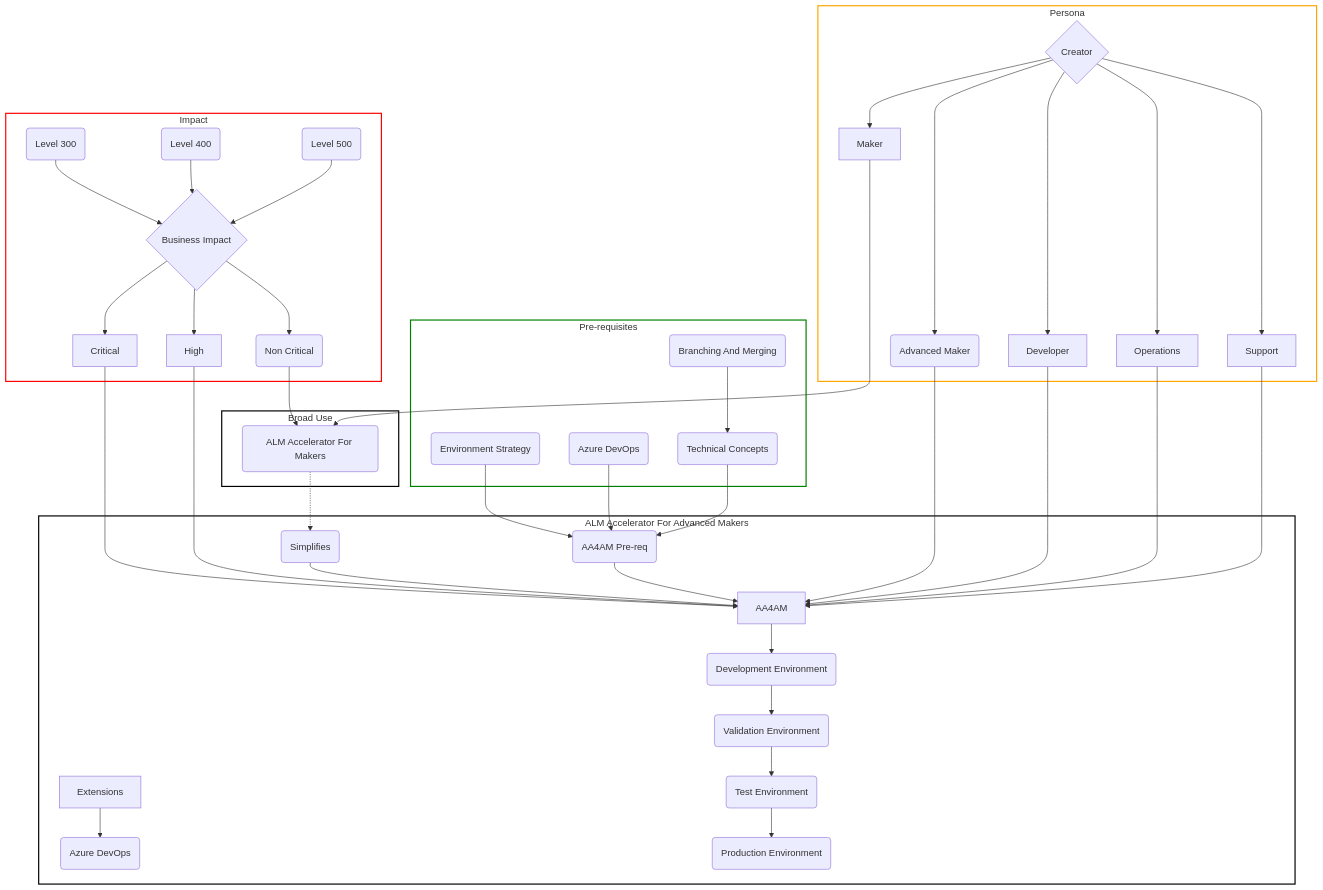
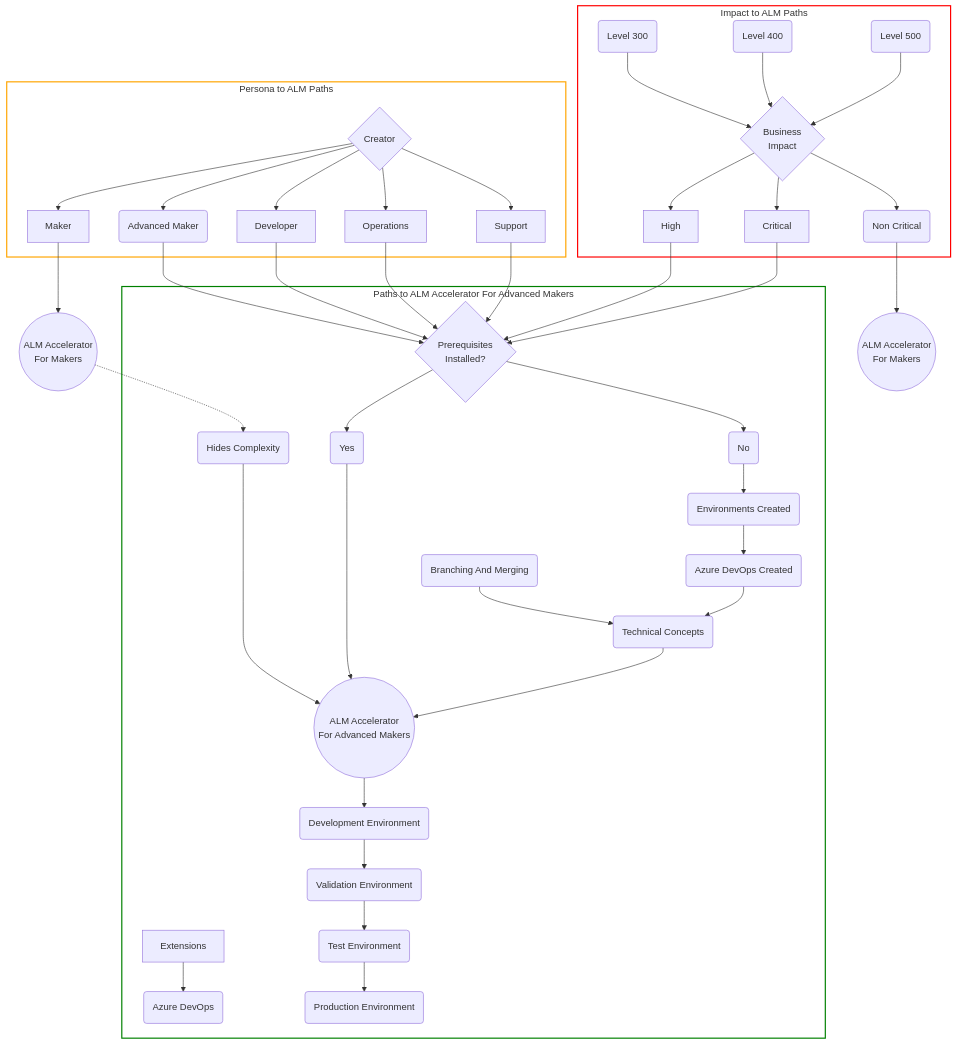
The diagram in coe-cli/docs/aa4am/maturity/decision-tree.mmd (microsoft/coe-starter-kit), drawn with Mermaid before and after one commit. The commit also changed 11 other files, not shown here.

Commit message:
Update diagrams

```diff
--- a/coe-cli/docs/aa4am/maturity/decision-tree.mmd
+++ b/coe-cli/docs/aa4am/maturity/decision-tree.mmd
@@ -1,75 +1,75 @@
 graph
-    subgraph prereq[Pre-requisites]
-        EnvironmentStrategy(EnvironmentStrategy)
-        AzureDevOps(Azure DevOps)
-        TechnicalConcepts(Technical Concepts)
-
-        BranchingAndMerging(Branching And Merging) --> TechnicalConcepts
-    end
-
-    style prereq fill:transparent,stroke:green,stroke-width:2px
-
-    subgraph impact[Impact]
-        I{Business Impact}
+    AA4M((ALM Accelerator <br/> For Makers))
+    Maker --> AA4M
+    
+    subgraph impact[Impact to ALM Paths]
+        I{Business <br/> Impact}
         I --> Critical
         I --> High
         I --> NC(Non Critical)
 
         300(Level 300) --> I
         400(Level 400) --> I
         500(Level 500) --> I
     end
 
+    AA4M2((ALM Accelerator <br/> For Makers))
+    NC --> AA4M2
+
     style impact fill:transparent,stroke:red,stroke-width:2px
 
-    subgraph persona[Persona]
+    subgraph persona[Persona to ALM Paths]
         C{Creator}
         C --> Maker
         C --> AM(Advanced Maker)
         C --> Developer       
         C --> Operations
-        C ----> Support       
+        C --> Support       
     end
 
     style persona fill:transparent,stroke:orange,stroke-width:2px
 
-    subgraph broaduse[Broad Use]
-        AA4M(ALM Accelerator For Makers)
-        NC --> AA4M
-    end
+    hideComplexity(Hides Complexity)
+    
+    AA4M -.-> hideComplexity
+    
+    subgraph aa4am[Paths to ALM Accelerator For Advanced Makers]
+    prereqInstalled{Prerequisites <br/> Installed?}
+        prereqInstalled --> prereqYes(Yes)
+        prereqInstalled --> prereqNo(No)
+        
+        AM --> prereqInstalled
+        Developer --> prereqInstalled
+        Operations --> prereqInstalled
+        Support --> prereqInstalled
 
-    style broaduse fill:transparent,stroke:black,stroke-width:2px
+        High --> prereqInstalled
+        Critical --> prereqInstalled
 
-    simplifies(Simplifies)
-    AA4M -.-> simplifies
+        EnvironmentStrategy(Environments Created)
+        AzureDevOps(Azure DevOps Created)
+        TechnicalConcepts(Technical Concepts)
 
-    subgraph aa4am[ALM Accelerator For Advanced Makers]
-        AA4AM
-        simplifies --> AA4AM
+        BranchingAndMerging(Branching And Merging) --> TechnicalConcepts
 
-        aa4amPrereq(AA4AM Pre-req) --> AA4AM
+        prereqNo -->EnvironmentStrategy
+        EnvironmentStrategy --> AzureDevOps
+        AzureDevOps --> TechnicalConcepts
 
-        EnvironmentStrategy(Environment Strategy) --> aa4amPrereq
-        AzureDevOps(Azure DevOps) --> aa4amPrereq
-        TechnicalConcepts(Technical Concepts) --> aa4amPrereq
+        AA4AM((ALM Accelerator <br/> For Advanced Makers))
+        hideComplexity --> AA4AM
 
-        Maker ----> AA4M
-        AM --> AA4AM
-        Developer --> AA4AM
-        Operations --> AA4AM
-        Support --> AA4AM
-
-        Critical --> AA4AM
-        High --> AA4AM
+        prereqYes -----> AA4AM
+        TechnicalConcepts --> AA4AM
         
         AA4AM-DevOps(Azure DevOps)
 
         Extensions --> AA4AM-DevOps
 
         AA4AM -->DevelopmentEnvironment(Development Environment)
         DevelopmentEnvironment -->ValidationEnvironment(Validation Environment)
         ValidationEnvironment-->TestEnvironment(Test Environment)
         TestEnvironment--> ProductionEnvironment(Production Environment)
     end
 
-    style aa4am fill:transparent,stroke:black,stroke-width:2px
+    style aa4am fill:transparent,stroke:green,stroke-width:2px
```
